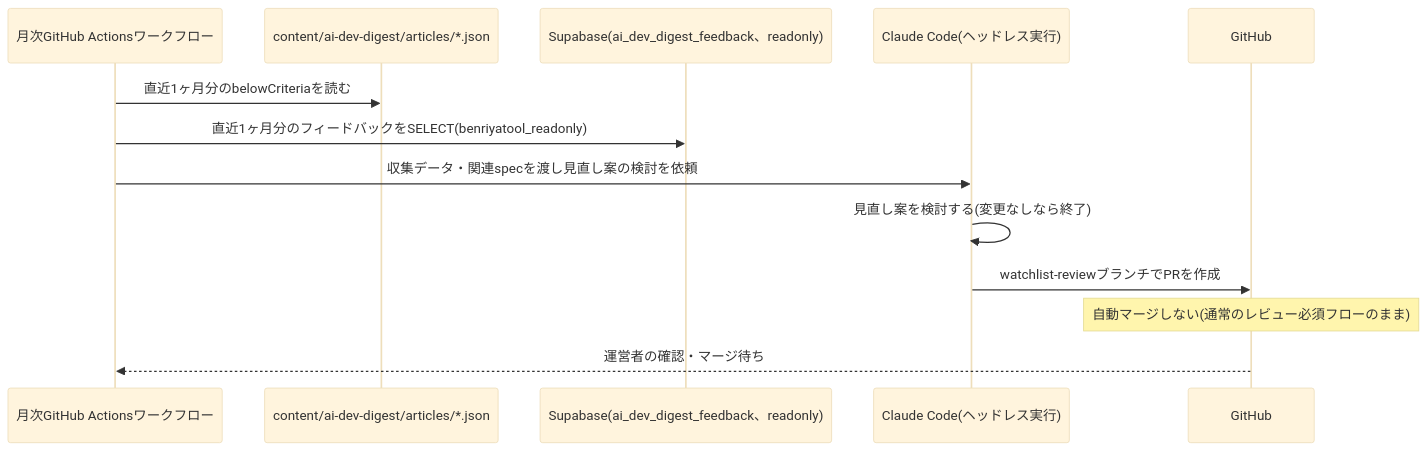
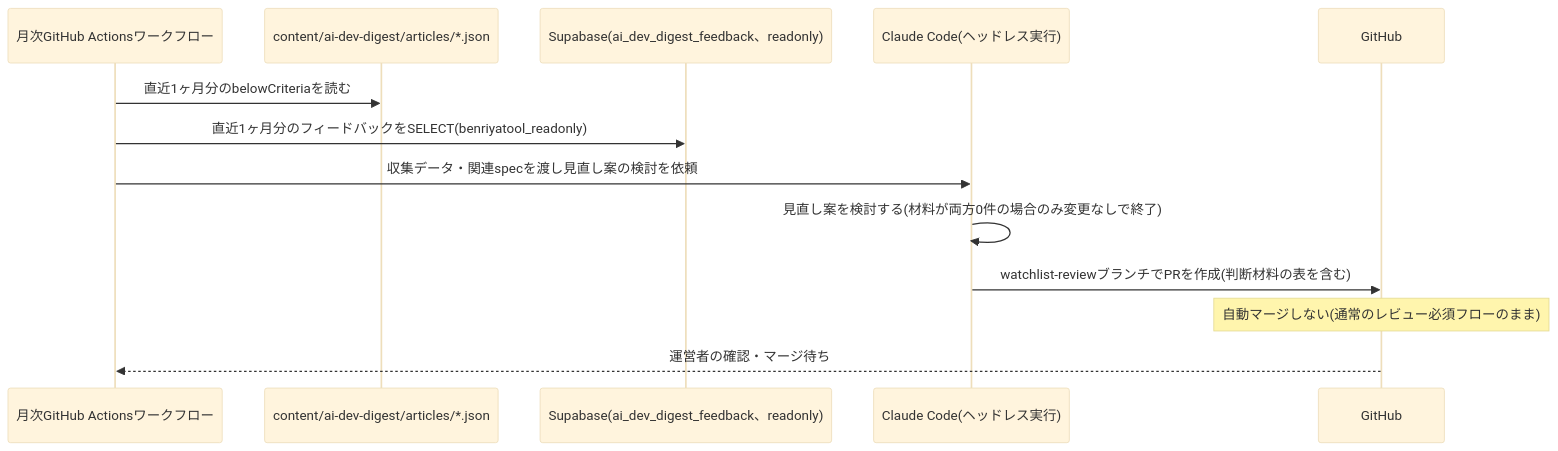
One commit to zakiyama0108/benriyatool changed the diagram in specs/ai-dev-digest/watchlist-review/design.md. Above: the diagram before and after it, drawn with Mermaid (base theme). The commit also changed other lines of this file and 4 other files, not shown here.

````diff
--- a/specs/ai-dev-digest/watchlist-review/design.md
+++ b/specs/ai-dev-digest/watchlist-review/design.md
@@ -44,16 +45,16 @@
 ```mermaid
 sequenceDiagram
     participant workflow as 月次GitHub Actionsワークフロー
     participant articles as content/ai-dev-digest/articles/*.json
     participant db as Supabase(ai_dev_digest_feedback、readonly)
     participant claude as Claude Code(ヘッドレス実行)
     participant gh as GitHub
 
     workflow ->> articles: 直近1ヶ月分のbelowCriteriaを読む
     workflow ->> db: 直近1ヶ月分のフィードバックをSELECT(benriyatool_readonly)
     workflow ->> claude: 収集データ・関連specを渡し見直し案の検討を依頼
-    claude ->> claude: 見直し案を検討する(変更なしなら終了)
-    claude ->> gh: watchlist-reviewブランチでPRを作成
+    claude ->> claude: 見直し案を検討する(材料が両方0件の場合のみ変更なしで終了)
+    claude ->> gh: watchlist-reviewブランチでPRを作成(判断材料の表を含む)
     Note over gh: 自動マージしない(通常のレビュー必須フローのまま)
     gh -->> workflow: 運営者の確認・マージ待ち
 ```
````
